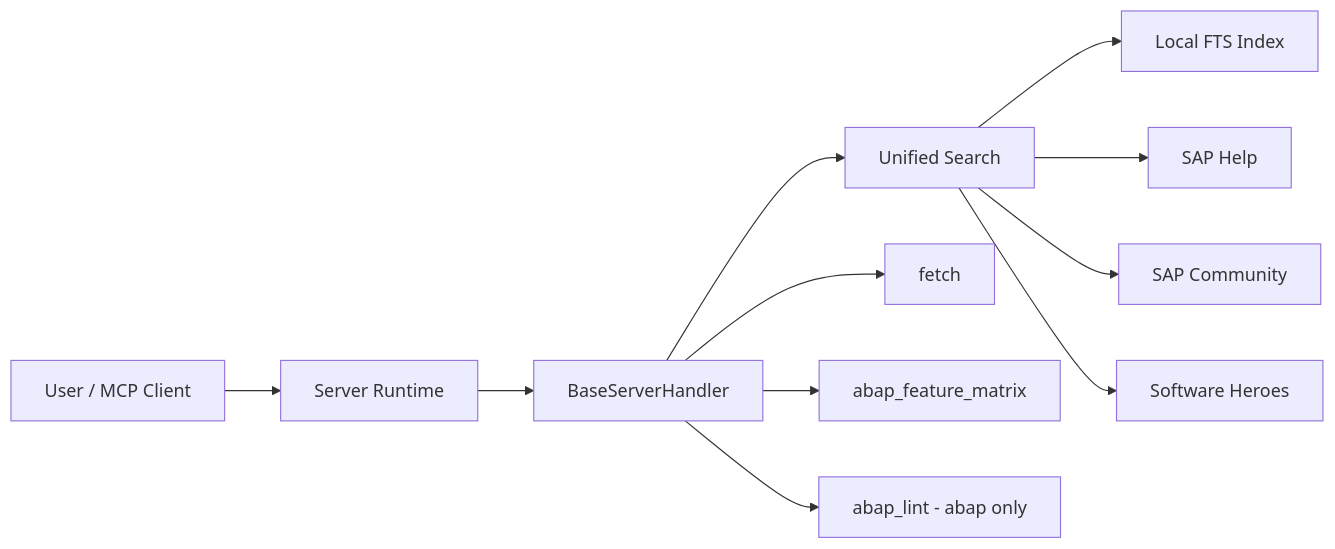
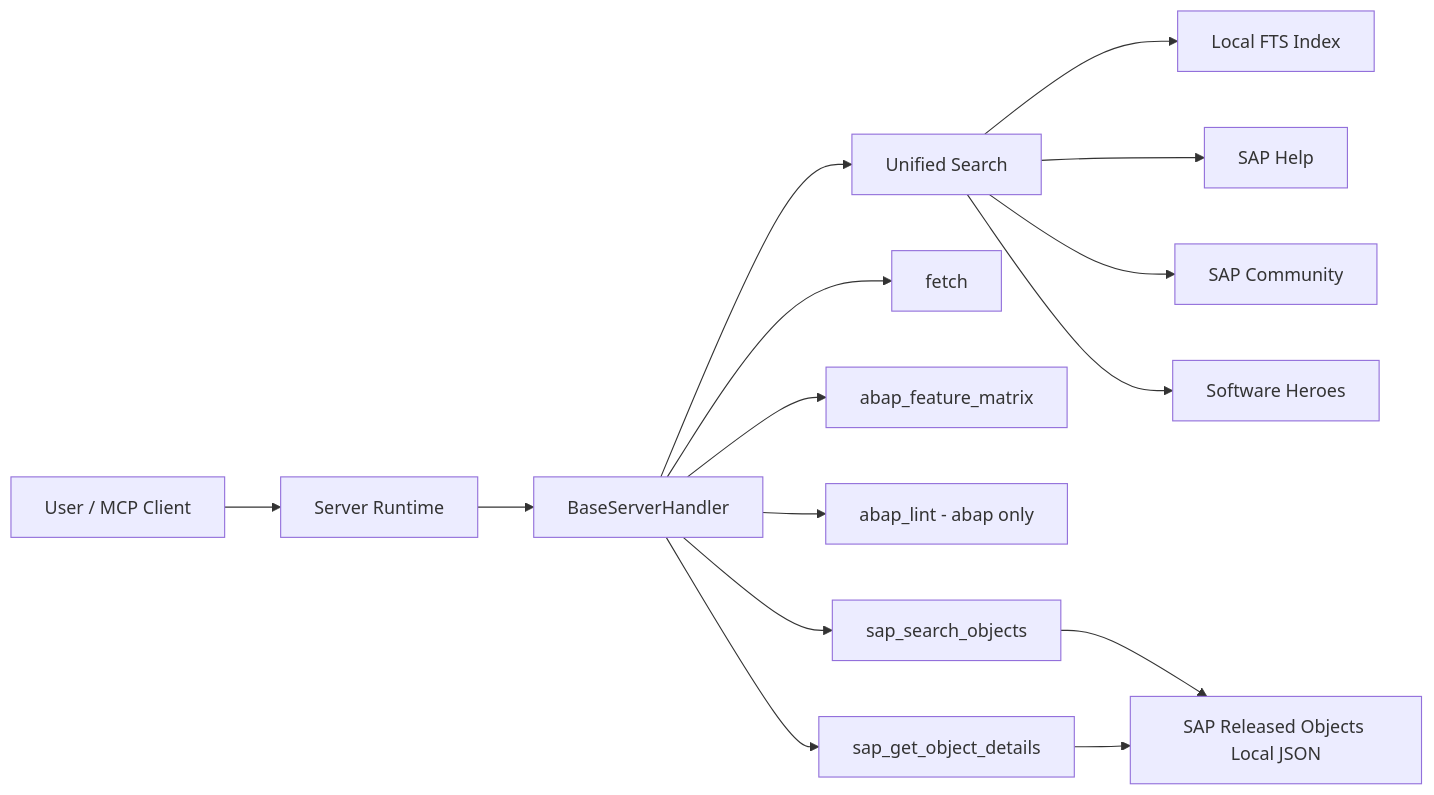
Before and after one commit to marianfoo/mcp-sap-docs: the first of 2 diagrams in docs/ARCHITECTURE.md, drawn with Mermaid. The commit also changed other lines of this file and 19 other files, not shown here.

First line of the commit message:
feat: integrate SAP Released Objects functionality

````diff
--- a/docs/ARCHITECTURE.md
+++ b/docs/ARCHITECTURE.md
@@ -16,13 +16,17 @@
 ```mermaid
 flowchart LR
   A[User / MCP Client] --> B[Server Runtime]
   B --> C[BaseServerHandler]
   C --> D[Unified Search]
   D --> E[Local FTS Index]
   D --> F[SAP Help]
   D --> G[SAP Community]
   D --> H[Software Heroes]
   C --> I[fetch]
   C --> J[abap_feature_matrix]
   C --> K[abap_lint - abap only]
+  C --> L[sap_search_objects]
+  C --> M[sap_get_object_details]
+  L --> N[SAP Released Objects Local JSON]
+  M --> N
 ```
````
